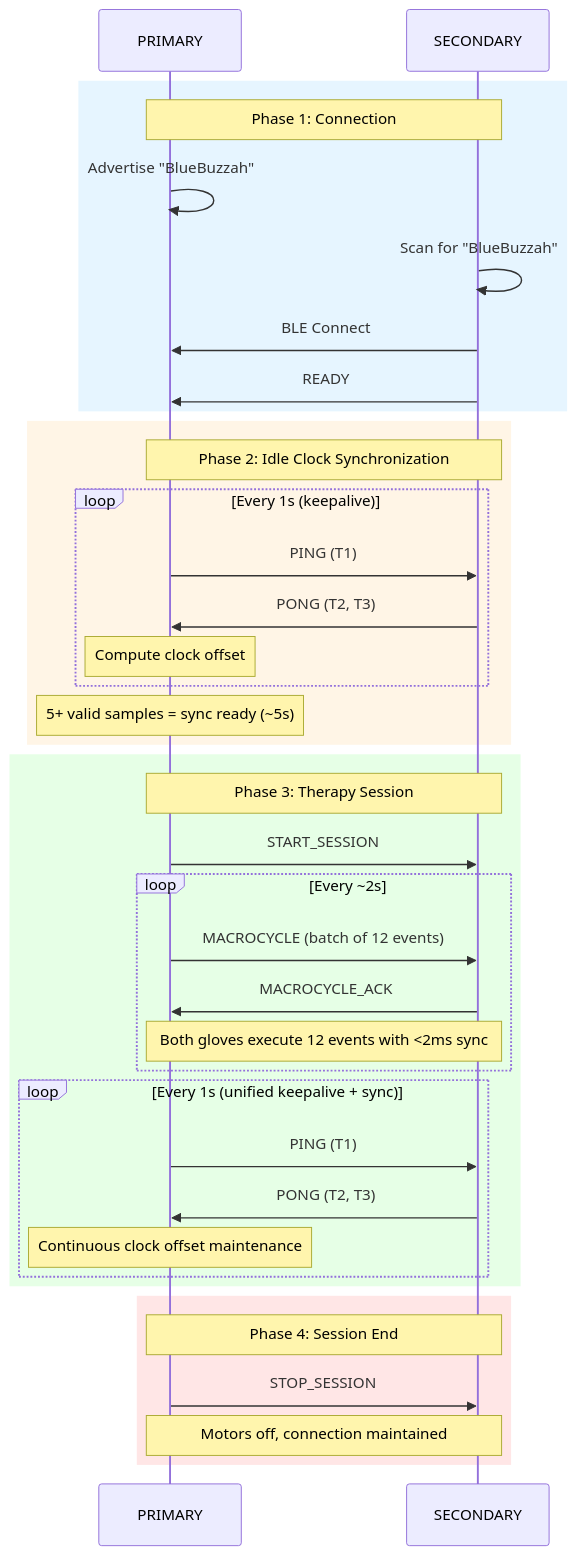
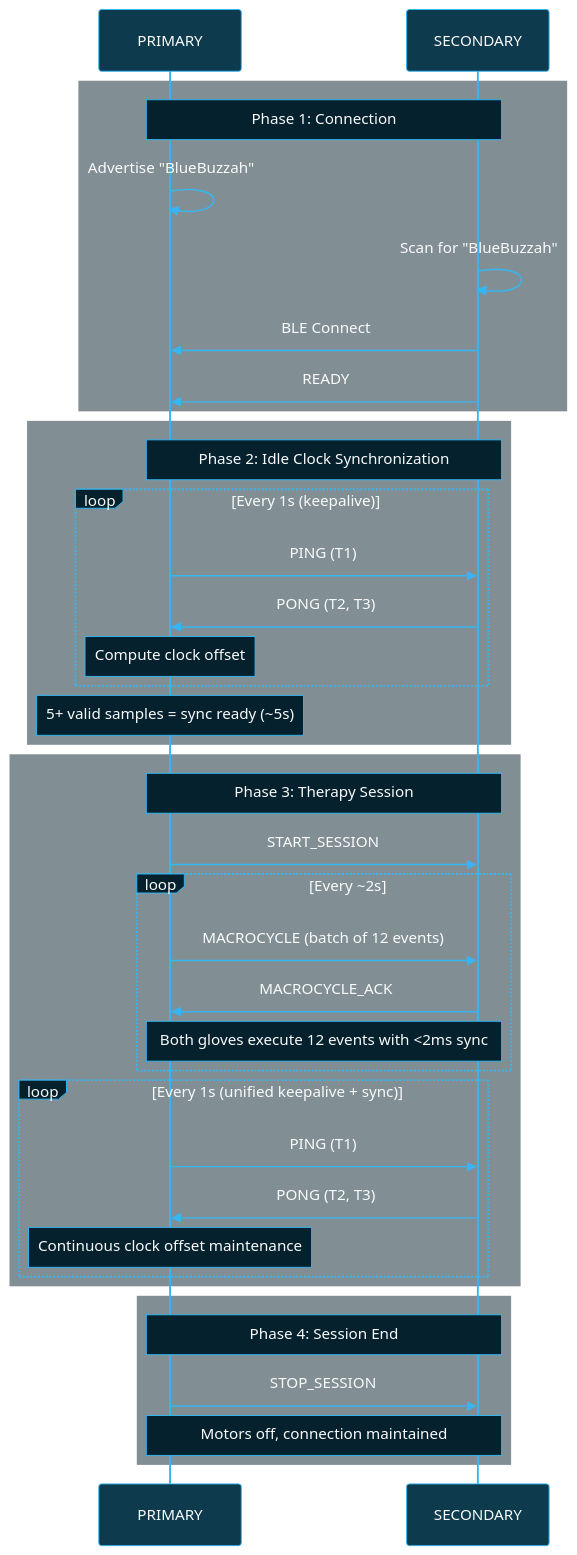
One commit to BlueBuzzah/BlueBuzzah-Firmware changed the first of 5 diagrams in docs/SYNCHRONIZATION_PROTOCOL.md. Above: the diagram before and after it, drawn with Mermaid. The commit also changed other lines of this file and 12 other files, not shown here.

First line of the commit message:
docs: update system documentation to accurately reflect current state, update diagram formats and styling

````diff
--- a/docs/SYNCHRONIZATION_PROTOCOL.md
+++ b/docs/SYNCHRONIZATION_PROTOCOL.md
@@ -29,44 +29,69 @@
 ```mermaid
+%%{init: {'theme': 'base', 'themeVariables': {
+  'primaryColor': '#0d3a4d',
+  'primaryTextColor': '#fafafa',
+  'primaryBorderColor': '#35B6F2',
+  'lineColor': '#35B6F2',
+  'secondaryColor': '#05212D',
+  'tertiaryColor': '#0a0a0a',
+  'background': '#0a0a0a',
+  'actorBkg': '#0d3a4d',
+  'actorBorder': '#35B6F2',
+  'actorTextColor': '#fafafa',
+  'actorLineColor': '#35B6F2',
+  'signalColor': '#35B6F2',
+  'signalTextColor': '#fafafa',
+  'labelBoxBkgColor': '#05212D',
+  'labelBoxBorderColor': '#35B6F2',
+  'labelTextColor': '#fafafa',
+  'loopTextColor': '#fafafa',
+  'noteBkgColor': '#05212D',
+  'noteBorderColor': '#35B6F2',
+  'noteTextColor': '#fafafa',
+  'activationBkgColor': '#0d3a4d',
+  'activationBorderColor': '#35B6F2',
+  'sequenceNumberColor': '#fafafa'
+}}}%%
 sequenceDiagram
     participant P as PRIMARY
     participant S as SECONDARY
 
-    rect rgb(230, 245, 255)
+    rect rgba(5, 33, 45, 0.5)
         Note over P,S: Phase 1: Connection
         P->>P: Advertise "BlueBuzzah"
         S->>S: Scan for "BlueBuzzah"
         S->>P: BLE Connect
         S->>P: READY
     end
 
-    rect rgb(255, 245, 230)
+    rect rgba(5, 33, 45, 0.5)
         Note over P,S: Phase 2: Idle Clock Synchronization
         loop Every 1s (keepalive)
             P->>S: PING (T1)
             S->>P: PONG (T2, T3)
             Note over P: Compute clock offset
         end
         Note over P: 5+ valid samples = sync ready (~5s)
     end
 
-    rect rgb(230, 255, 230)
+    rect rgba(5, 33, 45, 0.5)
         Note over P,S: Phase 3: Therapy Session
         P->>S: START_SESSION
         loop Every ~2s
             P->>S: MACROCYCLE (batch of 12 events)
             S->>P: MACROCYCLE_ACK
             Note over P,S: Both gloves execute 12 events with <2ms sync
         end
         loop Every 1s (unified keepalive + sync)
             P->>S: PING (T1)
             S->>P: PONG (T2, T3)
             Note over P: Continuous clock offset maintenance
         end
     end
 
-    rect rgb(255, 230, 230)
+    rect rgba(5, 33, 45, 0.5)
         Note over P,S: Phase 4: Session End
         P->>S: STOP_SESSION
         Note over P,S: Motors off, connection maintained
     end
 ```
````
